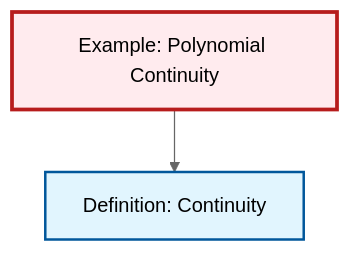
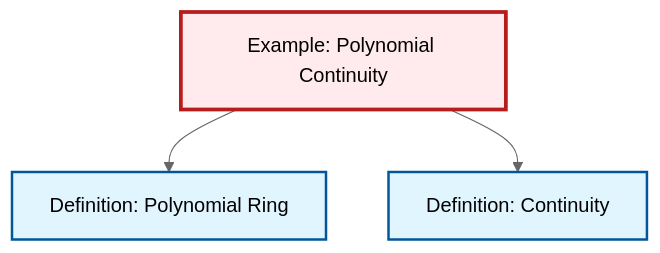
The diagram in output/mermaid/ex-polynomial-continuity.mermaid (RK0429/ModernMath), drawn with Mermaid (neutral theme) before and after one commit. The commit also changed 434 other files, not shown here.

First line of the commit message:
feat: Add polynomial ring definition with comprehensive cross-references

```diff
--- a/output/mermaid/ex-polynomial-continuity.mermaid
+++ b/output/mermaid/ex-polynomial-continuity.mermaid
@@ -1,11 +1,13 @@
 %%| fig-cap: "Local dependency graph"
 graph TD
     classDef definition fill:#e1f5fe,stroke:#01579b,stroke-width:2px
     classDef theorem fill:#f3e5f5,stroke:#4a148c,stroke-width:2px
     classDef axiom fill:#fff3e0,stroke:#e65100,stroke-width:2px
     classDef example fill:#e8f5e9,stroke:#1b5e20,stroke-width:2px
     classDef current fill:#ffebee,stroke:#b71c1c,stroke-width:3px
+    def-polynomial-ring["Definition: Polynomial Ring"]:::definition
+    ex-polynomial-continuity["Example: Polynomial Continuity"]:::example
     def-continuity["Definition: Continuity"]:::definition
-    ex-polynomial-continuity["Example: Polynomial Continuity"]:::example
+    ex-polynomial-continuity --> def-polynomial-ring
     ex-polynomial-continuity --> def-continuity
     class ex-polynomial-continuity current
```
